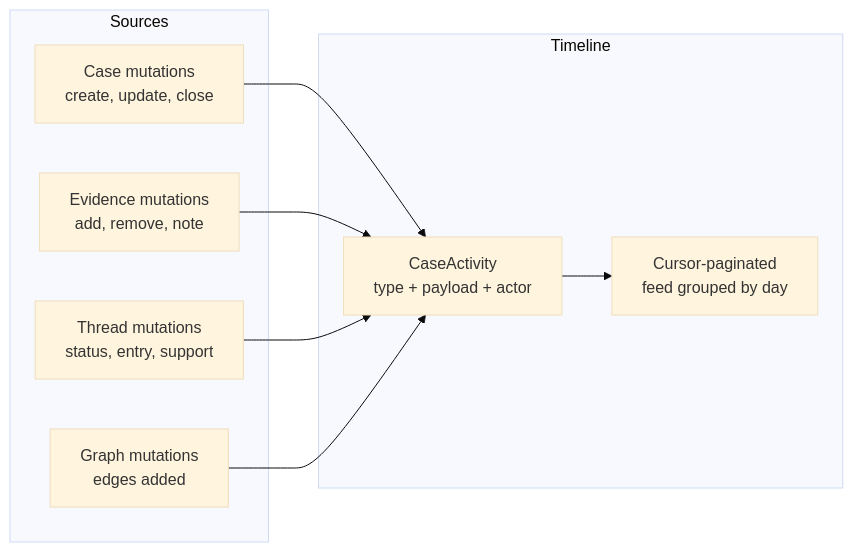
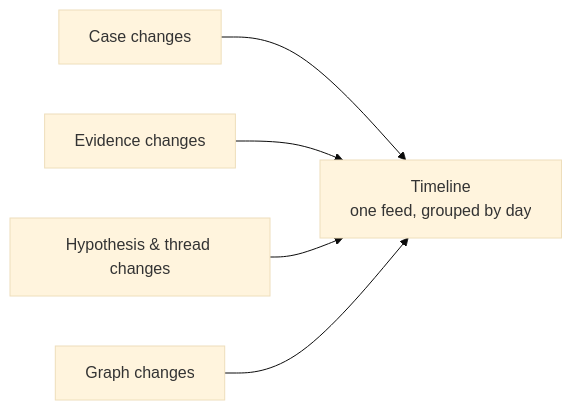
The diagram in apps/docs/app/flow/investigations/cases/timeline/page.mdx (classifyre/classifyre), drawn with Mermaid (base theme) before and after one commit. The commit also changed other lines of this file and 4 other files, not shown here.

````diff
--- a/apps/docs/app/flow/investigations/cases/timeline/page.mdx
+++ b/apps/docs/app/flow/investigations/cases/timeline/page.mdx
@@ -13,20 +13,13 @@
 ```mermaid
 graph LR
-    subgraph Sources
-        CaseActions["Case mutations<br/>create, update, close"]
-        EvidenceActions["Evidence mutations<br/>add, remove, note"]
-        ThreadActions["Thread mutations<br/>status, entry, support"]
-        GraphActions["Graph mutations<br/>edges added"]
-    end
+    Case["Case changes"]
+    Evidence["Evidence changes"]
+    Threads["Hypothesis & thread changes"]
+    Graph["Graph changes"]
+    Feed["Timeline<br/>one feed, grouped by day"]
 
-    subgraph Timeline
-        Activity["CaseActivity<br/>type + payload + actor"]
-        ActivityFeed["Cursor-paginated<br/>feed grouped by day"]
-    end
-
-    CaseActions --> Activity
-    EvidenceActions --> Activity
-    ThreadActions --> Activity
-    GraphActions --> Activity
-    Activity --> ActivityFeed
+    Case --> Feed
+    Evidence --> Feed
+    Threads --> Feed
+    Graph --> Feed
 ```
````
